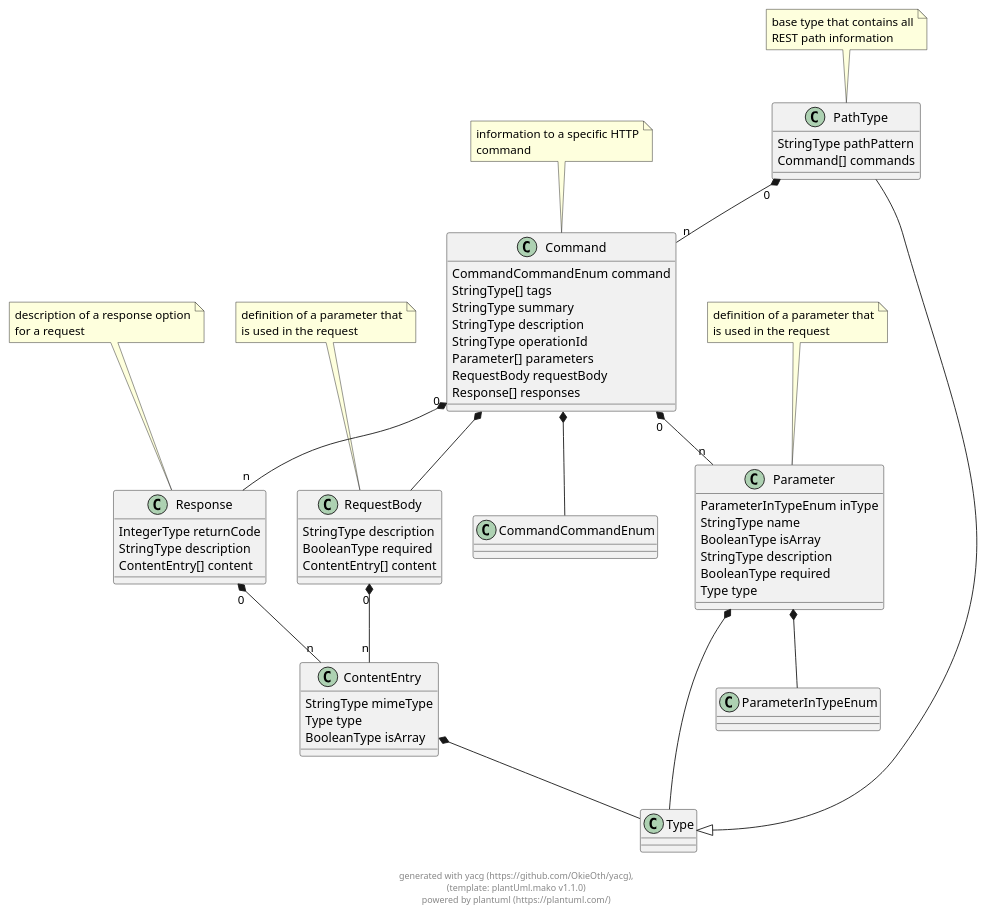
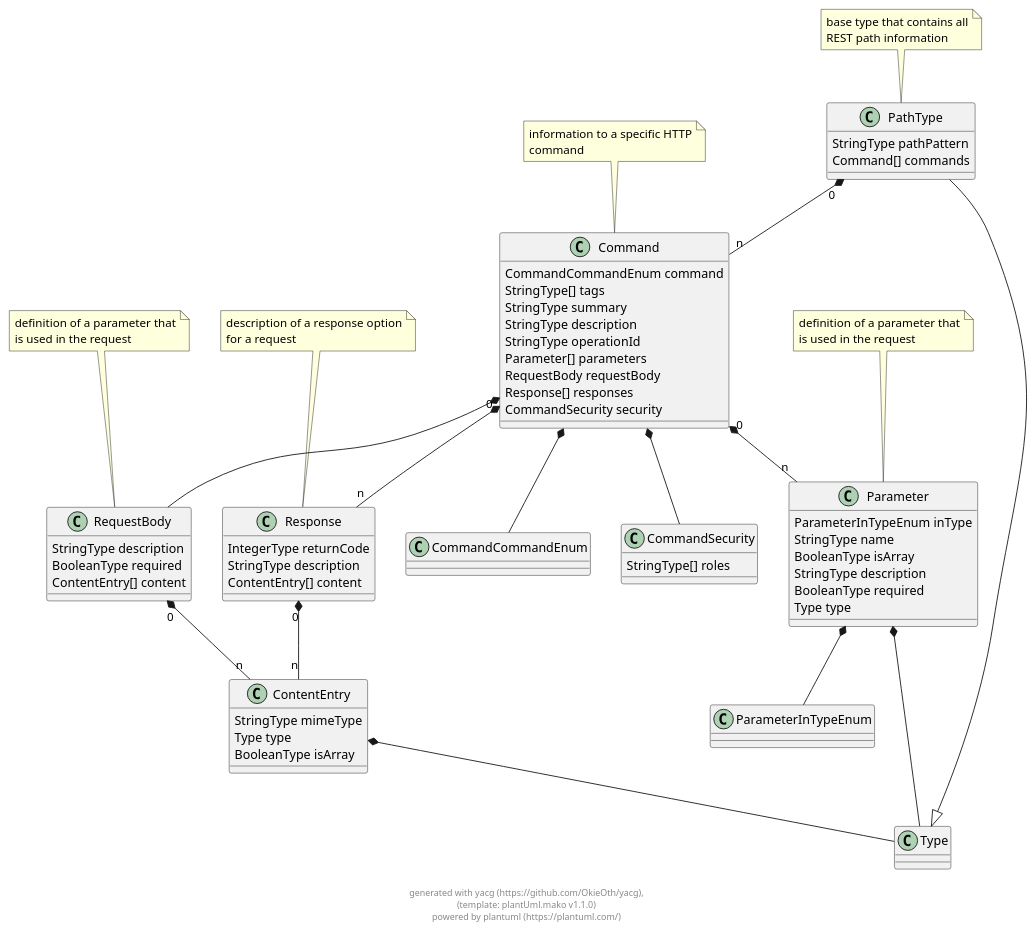
The diagram in docs/puml/yacg_openapi.puml (OkieOth/yacg), drawn with PlantUML before and after one commit. The commit also changed 3 other files, not shown here.

```diff
--- a/docs/puml/yacg_openapi.puml
+++ b/docs/puml/yacg_openapi.puml
@@ -2,97 +2,106 @@
 @startuml
 
 class PathType {
     StringType pathPattern 
     Command[] commands 
 }
  
 note top: base type that contains all\nREST path information
 
 PathType --|> Type
 class Command {
     CommandCommandEnum command 
     StringType[] tags 
     StringType summary 
     StringType description 
     StringType operationId 
     Parameter[] parameters 
     RequestBody requestBody 
     Response[] responses 
+    CommandSecurity security 
 }
  
 note top: information to a specific HTTP\ncommand
 
 class CommandCommandEnum {
 }
  
 
 class Parameter {
     ParameterInTypeEnum inType 
     StringType name 
     BooleanType isArray 
     StringType description 
     BooleanType required 
     Type type 
 }
  
 note top: definition of a parameter that\nis used in the request
 
 class RequestBody {
     StringType description 
     BooleanType required 
     ContentEntry[] content 
 }
  
 note top: definition of a parameter that\nis used in the request
 
 class Response {
     IntegerType returnCode 
     StringType description 
     ContentEntry[] content 
 }
  
 note top: description of a response option\nfor a request
 
+class CommandSecurity {
+    StringType[] roles 
+}
+ 
+
 class ContentEntry {
     StringType mimeType 
     Type type 
     BooleanType isArray 
 }
  
 
 class ParameterInTypeEnum {
 }
  
 
 
     
 PathType "0" *-- "n" Command        
             
     
 Command  *--  CommandCommandEnum        
             
 Command "0" *-- "n" Parameter        
             
 Command  *--  RequestBody        
             
 Command "0" *-- "n" Response        
             
+Command  *--  CommandSecurity        
+            
     
     
 Parameter  *--  ParameterInTypeEnum        
             
 Parameter  *--  Type        
             
     
 RequestBody "0" *-- "n" ContentEntry        
             
     
 Response "0" *-- "n" ContentEntry        
             
     
+    
 ContentEntry  *--  Type        
             
     
 
 footer \ngenerated with yacg (https://github.com/OkieOth/yacg),\n(template: plantUml.mako v1.1.0)\npowered by plantuml (https://plantuml.com/)
 @enduml
```
